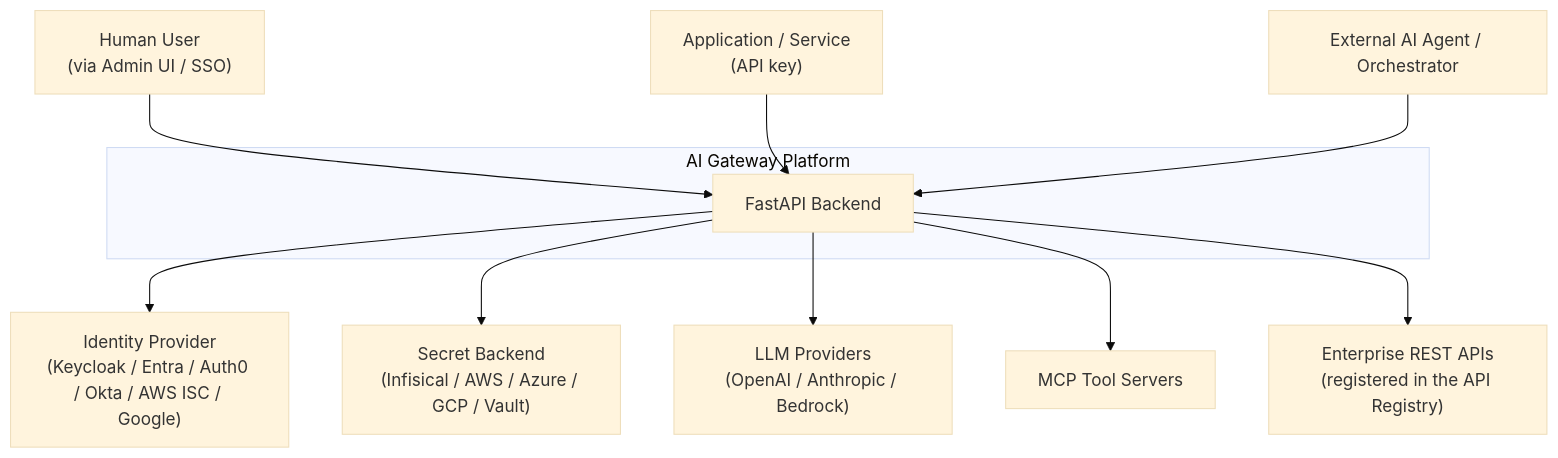
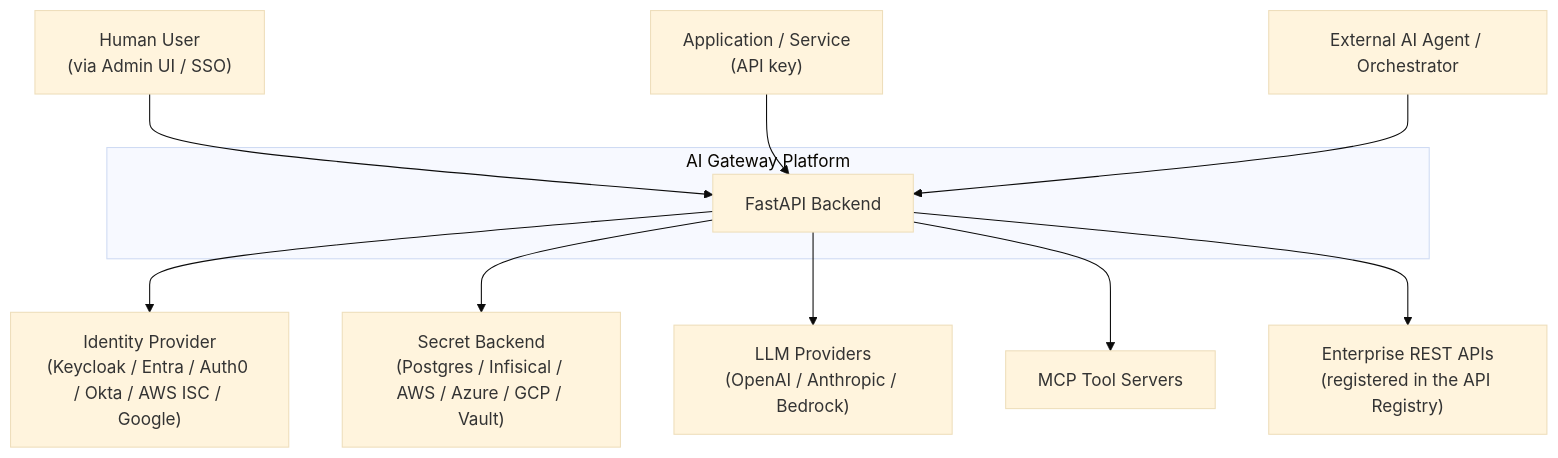
One commit to anitadc/llm_agent_mcp_gateway changed the first of 7 diagrams in doc/LLD.md. Above: the diagram before and after it, drawn with Mermaid (base theme). The commit also changed other lines of this file and 71 other files, not shown here.

Commit message:
Sync with main - added logger, added postgres as secret provider

````diff
--- a/doc/LLD.md
+++ b/doc/LLD.md
@@ -13,25 +13,25 @@
 ```mermaid
 flowchart TB
     Human["Human User\n(via Admin UI / SSO)"]
     App["Application / Service\n(API key)"]
     Agent["External AI Agent / Orchestrator"]
 
     subgraph Platform["AI Gateway Platform"]
         GW["FastAPI Backend"]
     end
 
     IdP["Identity Provider\n(Keycloak / Entra / Auth0 / Okta / AWS ISC / Google)"]
-    Secrets["Secret Backend\n(Infisical / AWS / Azure / GCP / Vault)"]
+    Secrets["Secret Backend\n(Postgres / Infisical / AWS / Azure / GCP / Vault)"]
     LLM["LLM Providers\n(OpenAI / Anthropic / Bedrock)"]
     MCP["MCP Tool Servers"]
     RestApis["Enterprise REST APIs\n(registered in the API Registry)"]
 
     Human --> GW
     App --> GW
     Agent --> GW
     GW --> IdP
     GW --> Secrets
     GW --> LLM
     GW --> MCP
     GW --> RestApis
 ```
````
